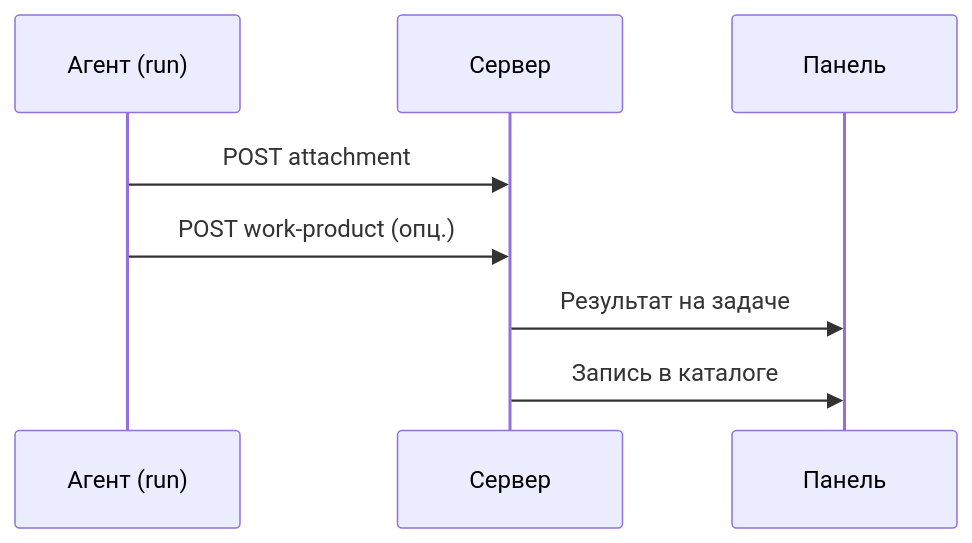
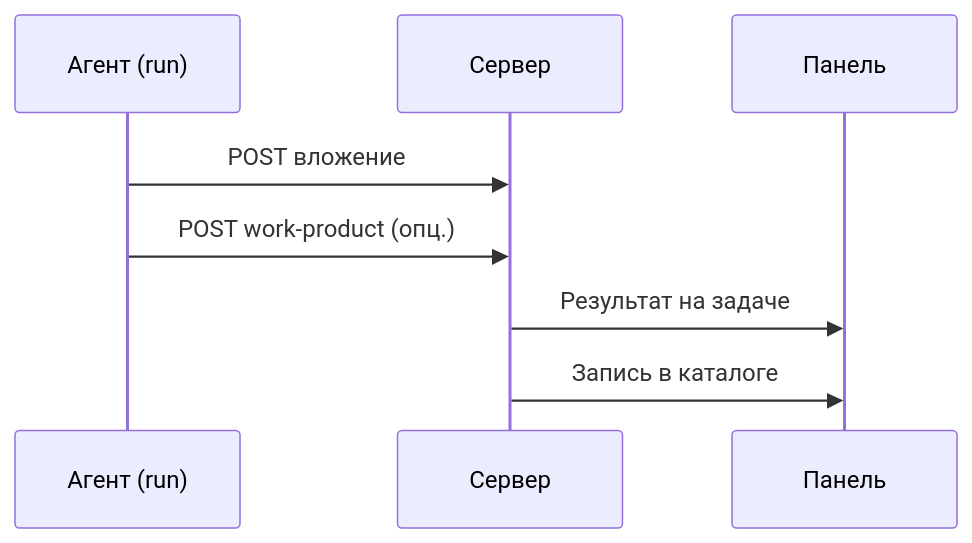
The diagram in docs/artifacts/agent-upload.md (Dmitriion/datagent-docs), drawn with Mermaid before and after one commit. The commit also changed other lines of this file and 4 other files, not shown here.

````diff
--- a/docs/artifacts/agent-upload.md
+++ b/docs/artifacts/agent-upload.md
@@ -32,10 +37,10 @@
 ```mermaid
 sequenceDiagram
   participant A as Агент (run)
   participant S as Сервер
   participant B as Панель
-  A->>S: POST attachment
+  A->>S: POST вложение
   A->>S: POST work-product (опц.)
   S->>B: Результат на задаче
   S->>B: Запись в каталоге
 ```
````
